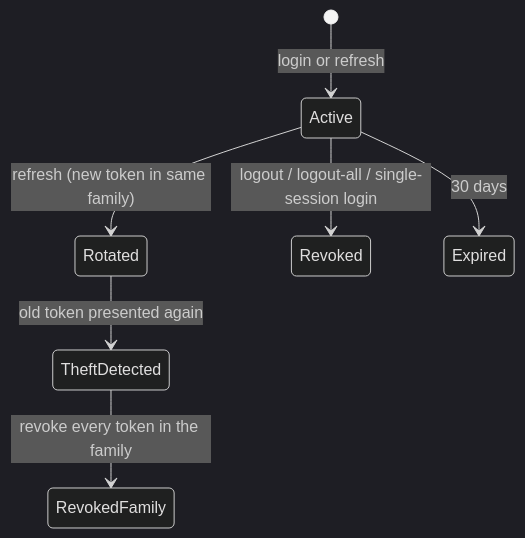
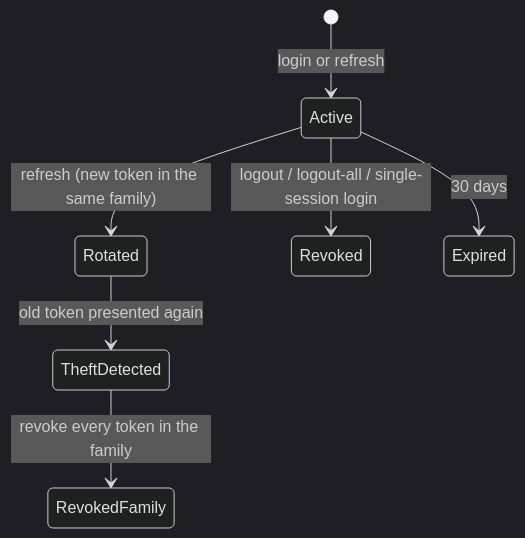
One commit to MFarooqTahir/multitenant-aspnet-api changed the fifth of 6 diagrams in docs/architecture.md. Above: the diagram before and after it, drawn with Mermaid (dark theme). The commit also changed other lines of this file and 32 other files, not shown here.

````diff
--- a/docs/architecture.md
+++ b/docs/architecture.md
@@ -73,9 +85,9 @@
 ```mermaid
 stateDiagram-v2
     [*] --> Active: login or refresh
-    Active --> Rotated: refresh (new token in same family)
+    Active --> Rotated: refresh (new token in the same family)
     Rotated --> TheftDetected: old token presented again
     TheftDetected --> RevokedFamily: revoke every token in the family
     Active --> Revoked: logout / logout-all / single-session login
     Active --> Expired: 30 days
 ```
````
